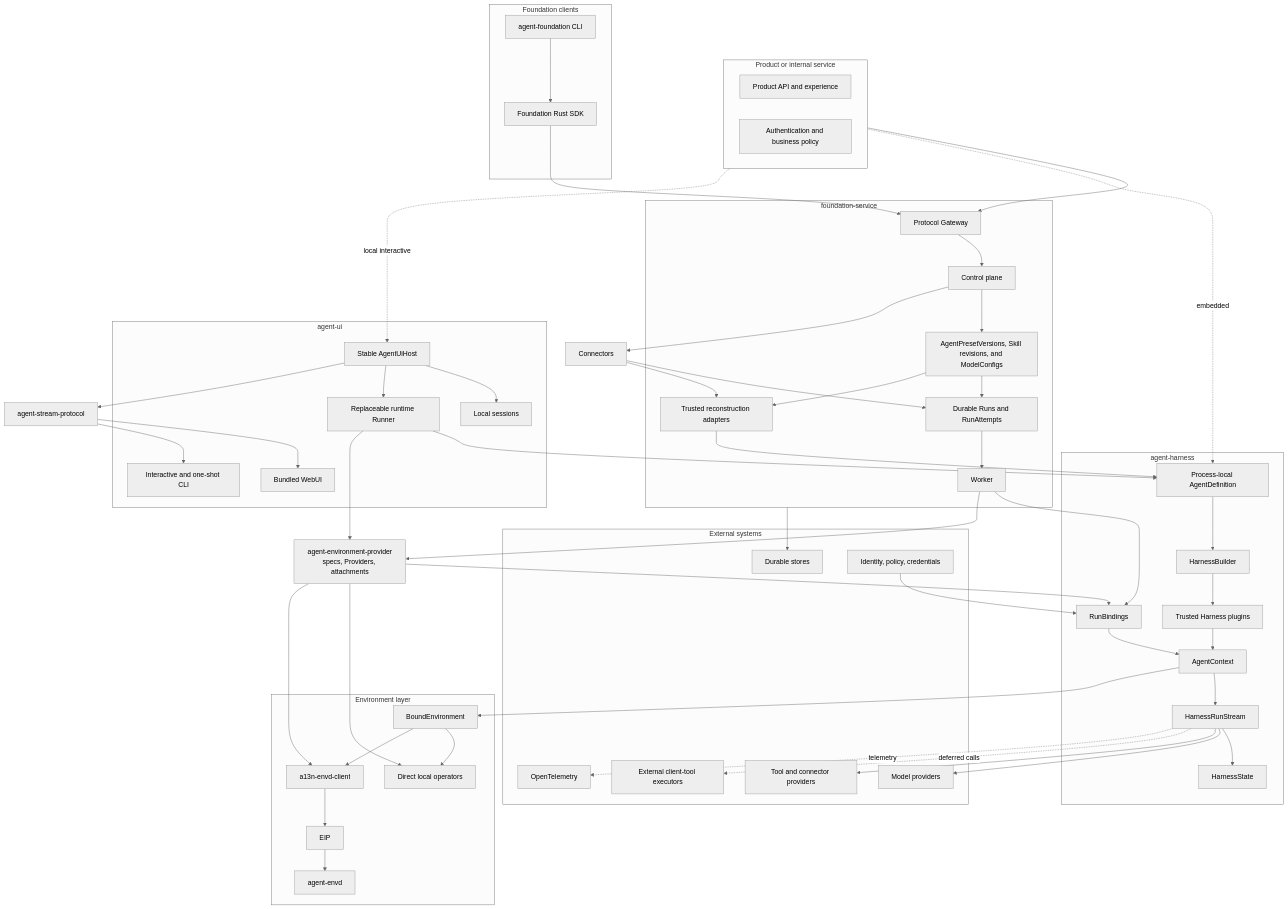
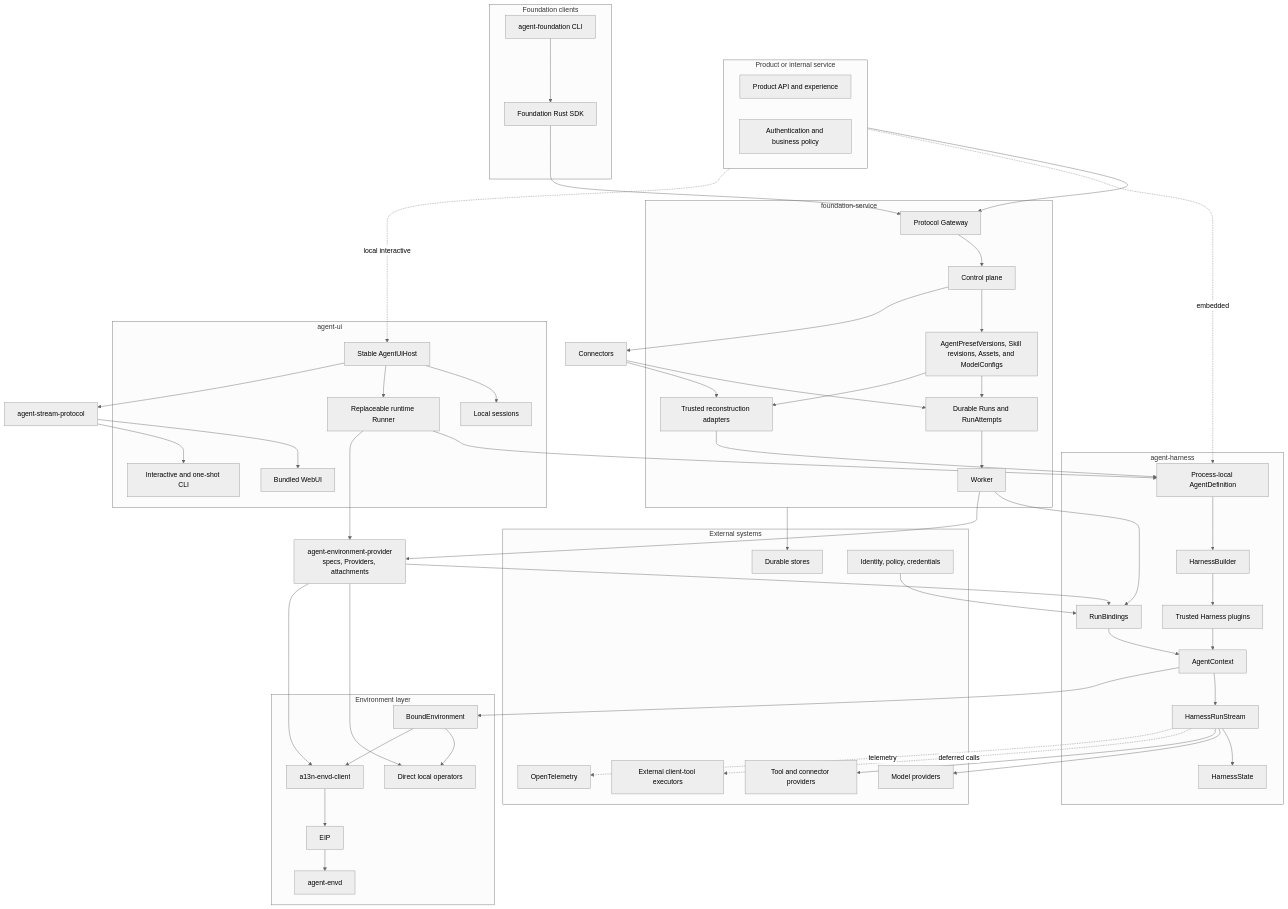
Before and after one commit to LTThreeComma/agent-foundation: the first of 4 diagrams in spec/README.md, drawn with Mermaid (neutral theme). The commit also changed other lines of this file and 19 other files, not shown here.

```diff
--- a/spec/README.md
+++ b/spec/README.md
@@ -30,7 +30,7 @@
     subgraph Service[foundation-service]
         Gateway[Protocol Gateway]
         Control[Control plane]
-        Definitions[AgentPresetVersions, Skill revisions, and ModelConfigs]
+        Definitions[AgentPresetVersions, Skill revisions, Assets, and ModelConfigs]
         Lifecycle[Durable Runs and RunAttempts]
         Worker[Worker]
         Reconstruct[Trusted reconstruction adapters]
```
